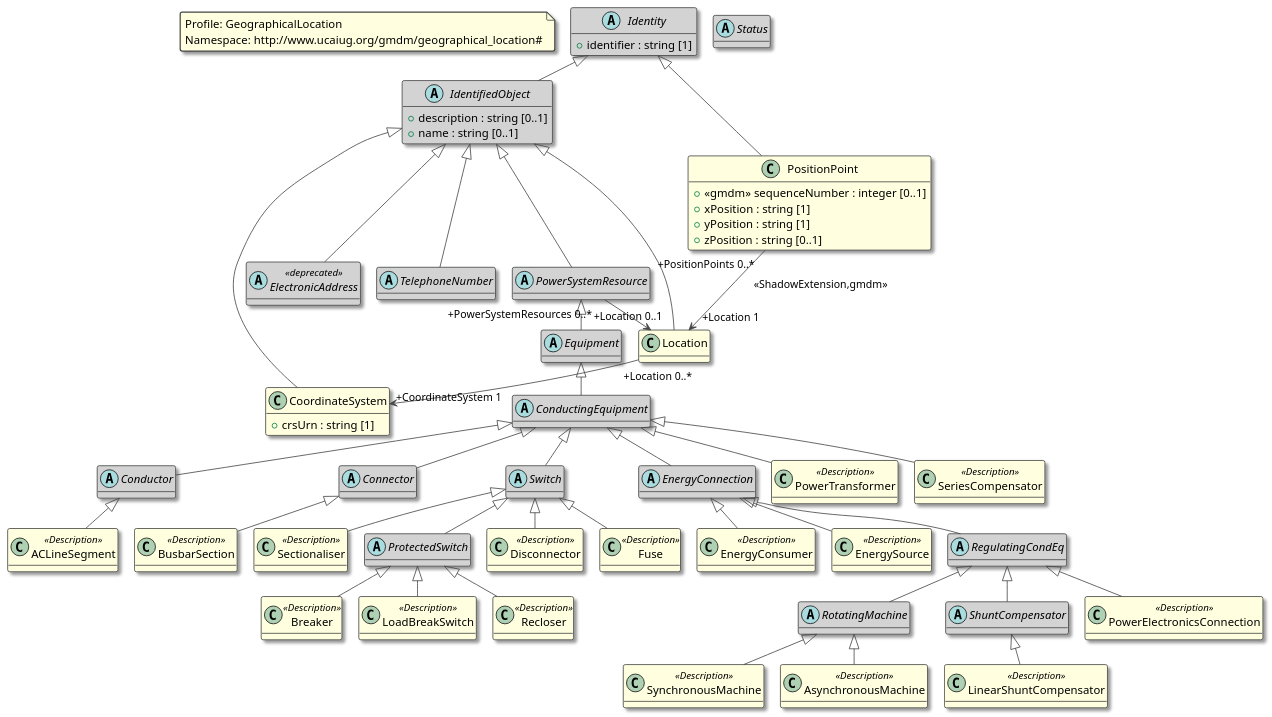
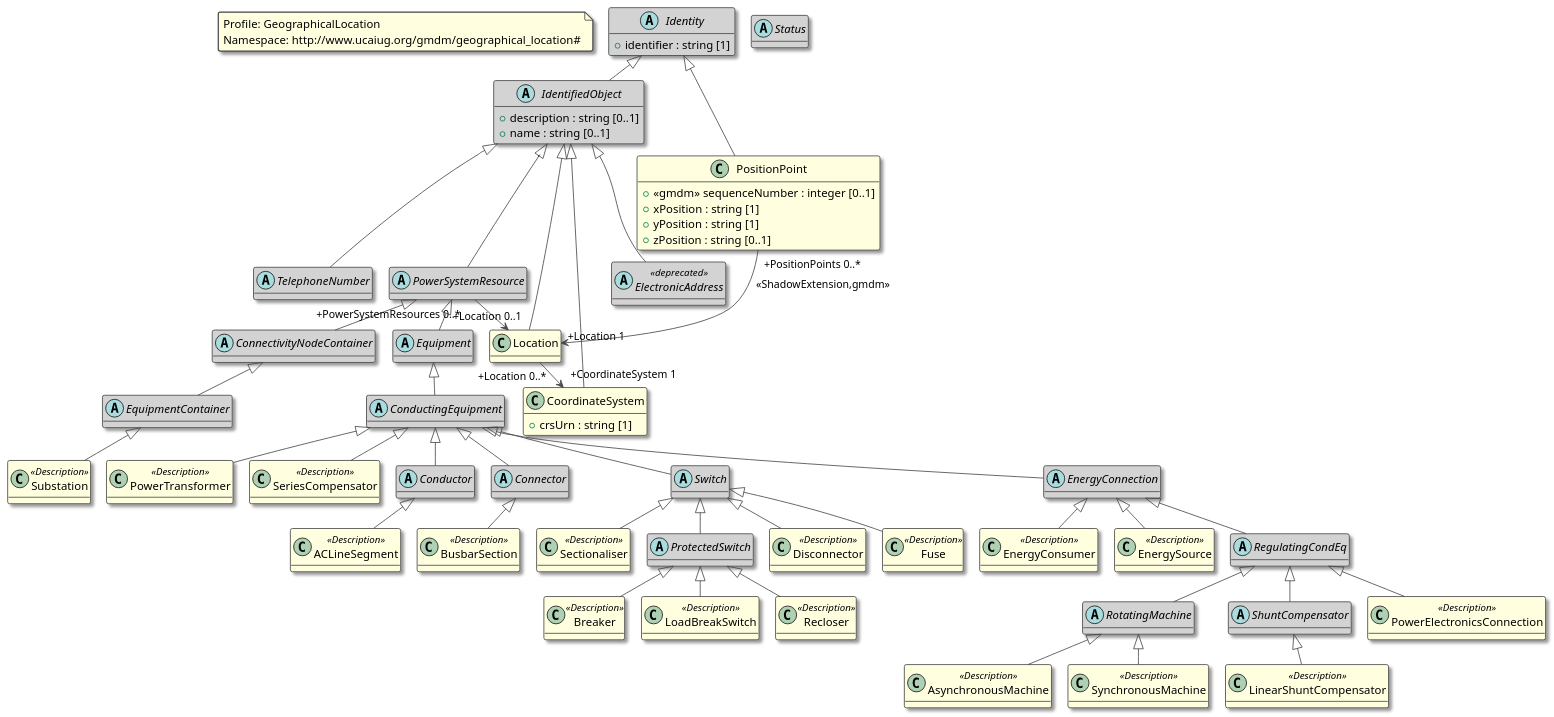
Before and after one commit to epri-dev/GMDM-IOP: the diagram in CIMTool_project/GMDM II V1.3/Profiles/GeographicalLocation.rdfs-t2b.puml, drawn with PlantUML. The commit also changed 11 other files, not shown here.

```diff
--- a/CIMTool_project/GMDM II V1.3/Profiles/GeographicalLocation.rdfs-t2b.puml
+++ b/CIMTool_project/GMDM II V1.3/Profiles/GeographicalLocation.rdfs-t2b.puml
@@ -133,6 +133,12 @@
 
 ConductingEquipment <|-- Conductor
 
+' ConnectivityNodeContainer inherits from PowerSystemResource
+abstract class ConnectivityNodeContainer  <<abstract>> {
+}
+
+PowerSystemResource <|-- ConnectivityNodeContainer
+
 ' Connector inherits from ConductingEquipment
 abstract class Connector  <<abstract>> {
 }
@@ -181,6 +187,12 @@
 }
 
 PowerSystemResource <|-- Equipment
+
+' EquipmentContainer inherits from ConnectivityNodeContainer
+abstract class EquipmentContainer  <<abstract>> {
+}
+
+ConnectivityNodeContainer <|-- EquipmentContainer
 
 ' Fuse inherits from Switch
 class Fuse <<Description>>  {
@@ -298,6 +310,12 @@
 }
 
 
+' Substation inherits from EquipmentContainer
+class Substation <<Description>>  {
+}
+
+EquipmentContainer <|-- Substation
+
 ' Switch inherits from ConductingEquipment
 abstract class Switch  <<abstract>> {
 }
```
